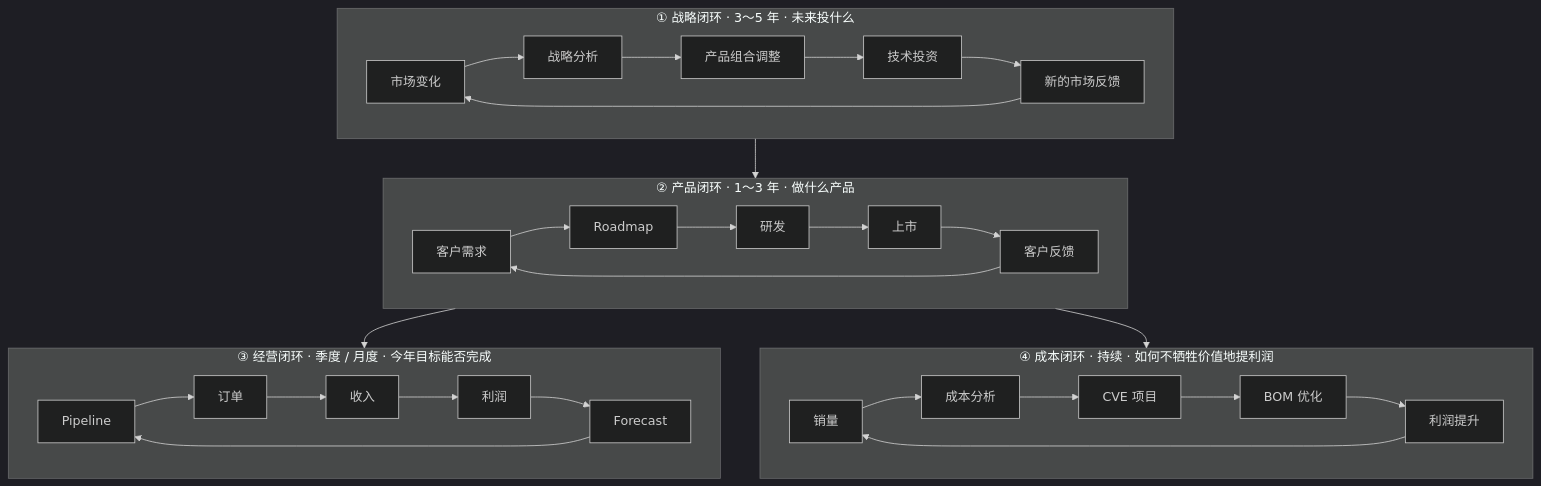
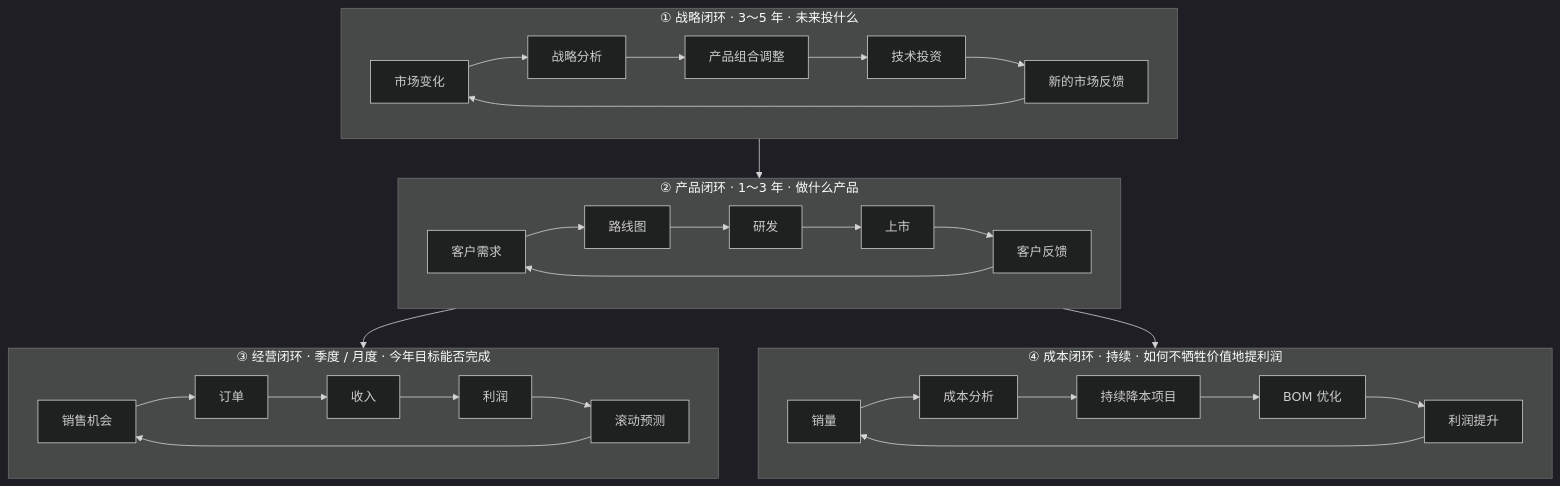
The sixth of 29 diagrams in 产品管理/战略和产品管理.md (analyst2004lx/paper01), drawn with Mermaid (dark theme) before and after one commit. The commit also changed other lines of this file and 2 other files, not shown here.

````diff
--- a/产品管理/战略和产品管理.md
+++ b/产品管理/战略和产品管理.md
@@ -314,17 +319,17 @@
 ```mermaid
 flowchart TB
     subgraph L1["① 战略闭环 · 3～5 年 · 未来投什么"]
         A1["市场变化"] --> A2["战略分析"] --> A3["产品组合调整"] --> A4["技术投资"] --> A5["新的市场反馈"] --> A1
     end
     subgraph L2["② 产品闭环 · 1～3 年 · 做什么产品"]
-        B1["客户需求"] --> B2["Roadmap"] --> B3["研发"] --> B4["上市"] --> B5["客户反馈"] --> B1
+        B1["客户需求"] --> B2["路线图"] --> B3["研发"] --> B4["上市"] --> B5["客户反馈"] --> B1
     end
     subgraph L3["③ 经营闭环 · 季度 / 月度 · 今年目标能否完成"]
-        C1["Pipeline"] --> C2["订单"] --> C3["收入"] --> C4["利润"] --> C5["Forecast"] --> C1
+        C1["销售机会"] --> C2["订单"] --> C3["收入"] --> C4["利润"] --> C5["滚动预测"] --> C1
     end
     subgraph L4["④ 成本闭环 · 持续 · 如何不牺牲价值地提利润"]
-        D1["销量"] --> D2["成本分析"] --> D3["CVE 项目"] --> D4["BOM 优化"] --> D5["利润提升"] --> D1
+        D1["销量"] --> D2["成本分析"] --> D3["持续降本项目"] --> D4["BOM 优化"] --> D5["利润提升"] --> D1
     end
     L1 --> L2 --> L3
     L2 --> L4
 ```
````
